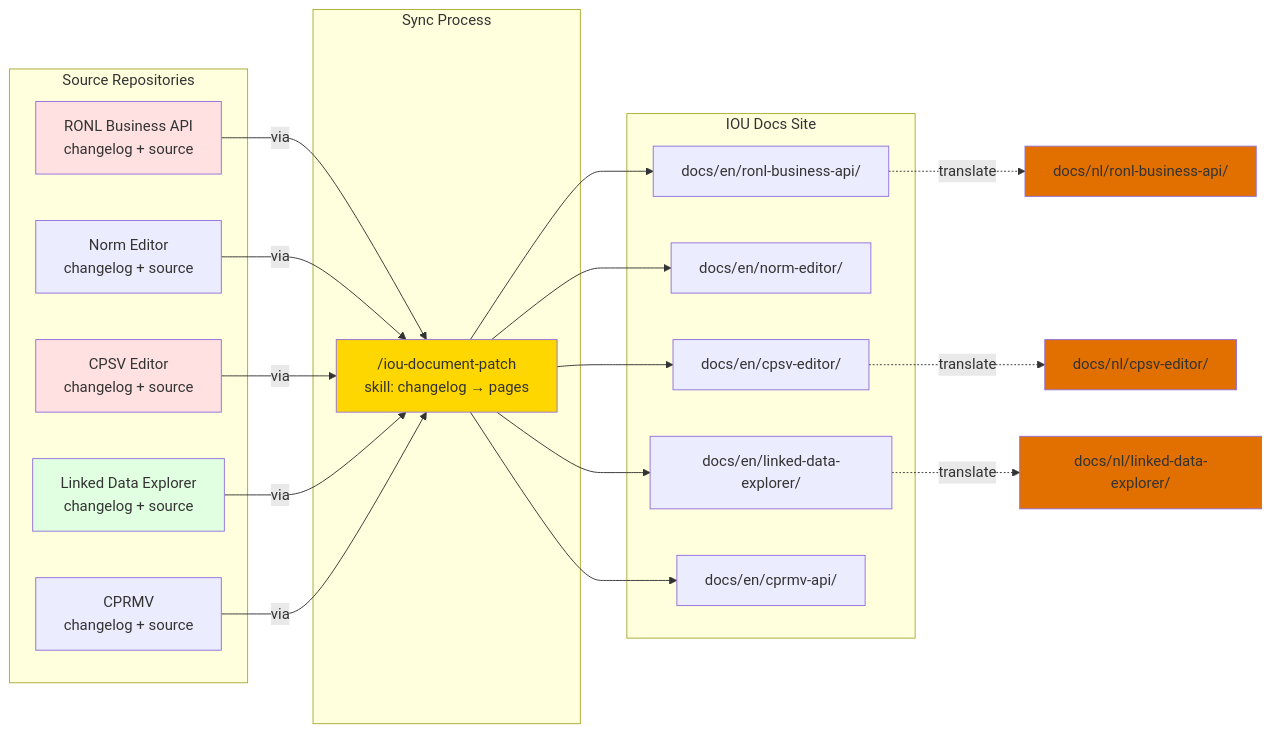
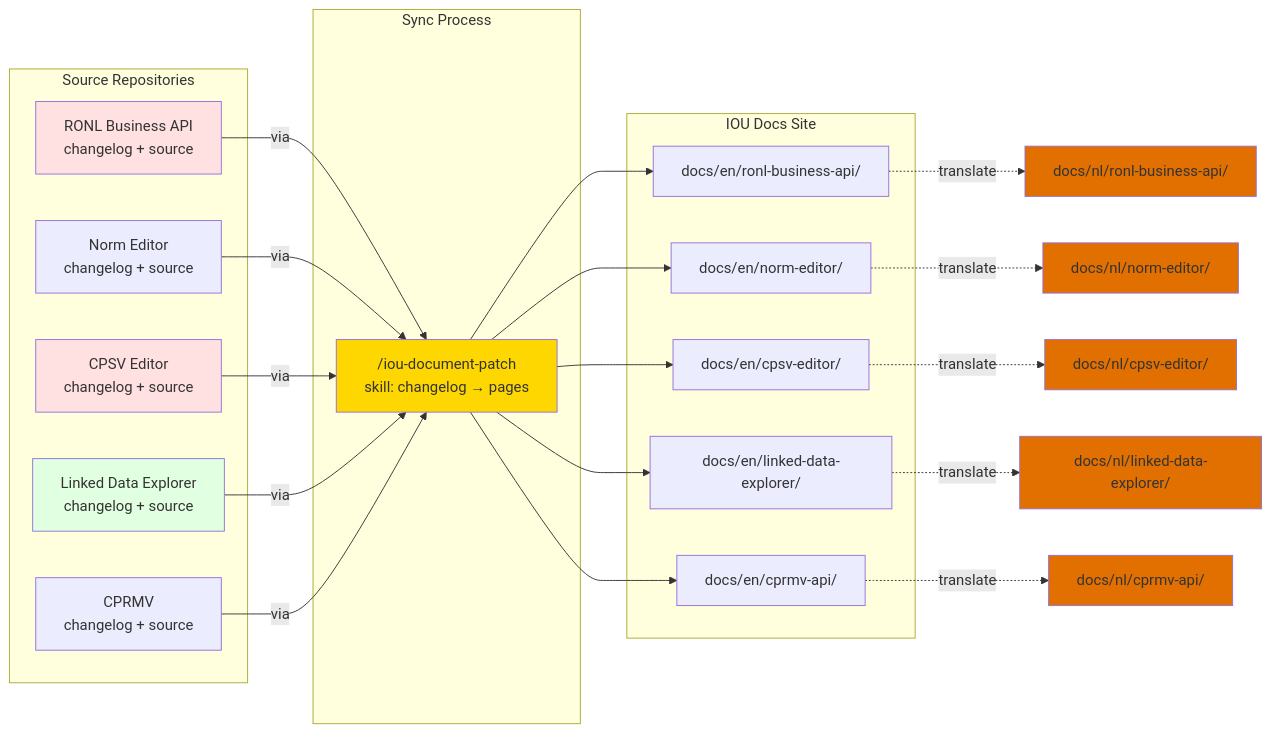
One commit to sgort/iou-architectuur changed the second of 2 diagrams in docs/en/contributing/doc-architecture/overview.md. Above: the diagram before and after it, drawn with Mermaid. The commit also changed 22 other files, not shown here.

````diff
--- a/docs/en/contributing/doc-architecture/overview.md
+++ b/docs/en/contributing/doc-architecture/overview.md
@@ -90,46 +90,50 @@
 ```mermaid
 graph LR
     subgraph "Source Repositories"
         SRC_RONL[RONL Business API<br/>changelog + source]
         SRC_NORM[Norm Editor<br/>changelog + source]
         SRC_CPSV[CPSV Editor<br/>changelog + source]
         SRC_LDE[Linked Data Explorer<br/>changelog + source]
         SRC_CPRMV[CPRMV<br/>changelog + source]
     end
 
     subgraph "Sync Process"
         SCRIPT["/iou-document-patch<br/>skill: changelog → pages"]
     end
 
     subgraph "IOU Docs Site"
         DOC_RONL[docs/en/ronl-business-api/]
         DOC_NORM[docs/en/norm-editor/]
         DOC_CPSV[docs/en/cpsv-editor/]
         DOC_LDE[docs/en/linked-data-explorer/]
         DOC_CPRMV[docs/en/cprmv-api/]
     end
 
     SRC_RONL -->|via| SCRIPT
     SRC_NORM -->|via| SCRIPT
     SRC_CPSV -->|via| SCRIPT
     SRC_LDE -->|via| SCRIPT
     SRC_CPRMV -->|via| SCRIPT
 
     SCRIPT --> DOC_RONL
     SCRIPT --> DOC_NORM
     SCRIPT --> DOC_CPSV
     SCRIPT --> DOC_LDE
     SCRIPT --> DOC_CPRMV
 
     DOC_RONL -.translate.-> NL_RONL[docs/nl/ronl-business-api/]
     DOC_CPSV -.translate.-> NL_CPSV[docs/nl/cpsv-editor/]
     DOC_LDE -.translate.-> NL_LDE[docs/nl/linked-data-explorer/]
+    DOC_NORM -.translate.-> NL_NORM[docs/nl/norm-editor/]
+    DOC_CPRMV -.translate.-> NL_CPRMV[docs/nl/cprmv-api/]
 
     style SRC_RONL fill:#ffe1e1
     style SRC_CPSV fill:#ffe1e1
     style SRC_LDE fill:#e1ffe1
     style SCRIPT fill:#ffd700
     style NL_RONL fill:#e17000
     style NL_CPSV fill:#e17000
     style NL_LDE fill:#e17000
+    style NL_NORM fill:#e17000
+    style NL_CPRMV fill:#e17000
 ```
````
